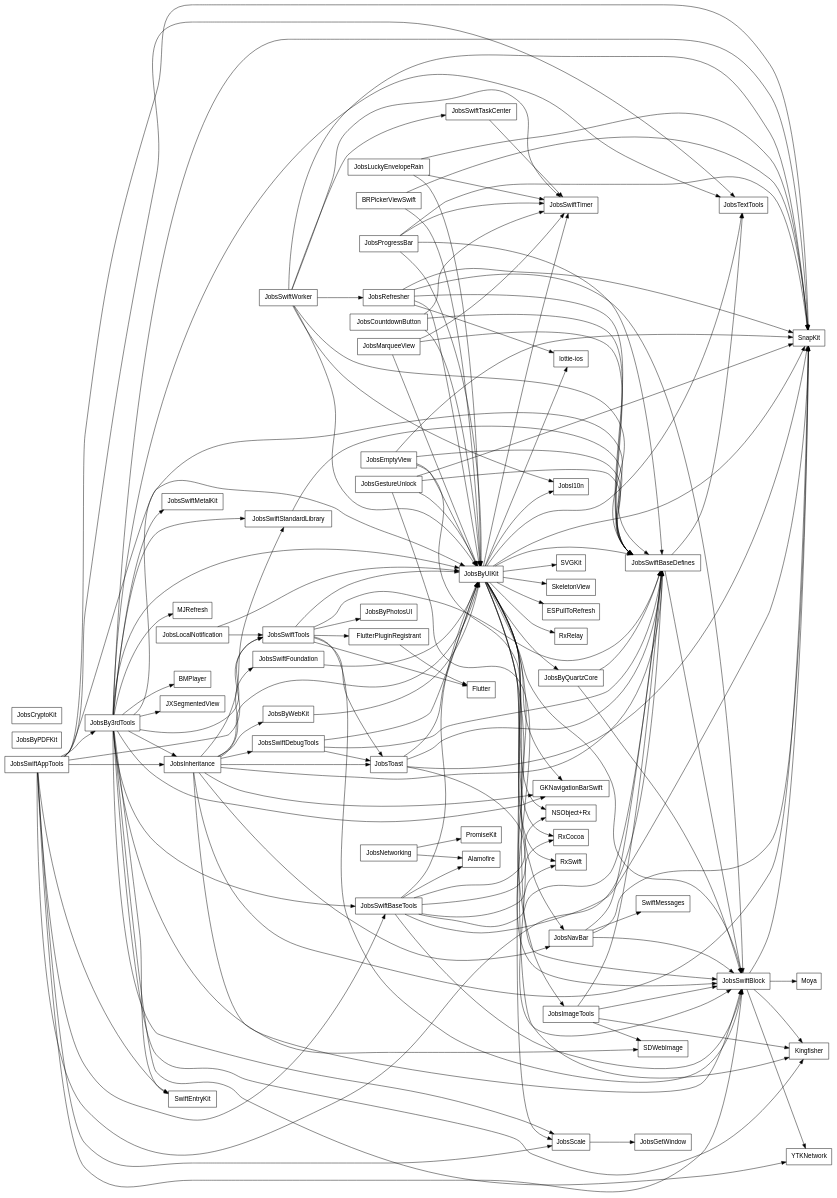
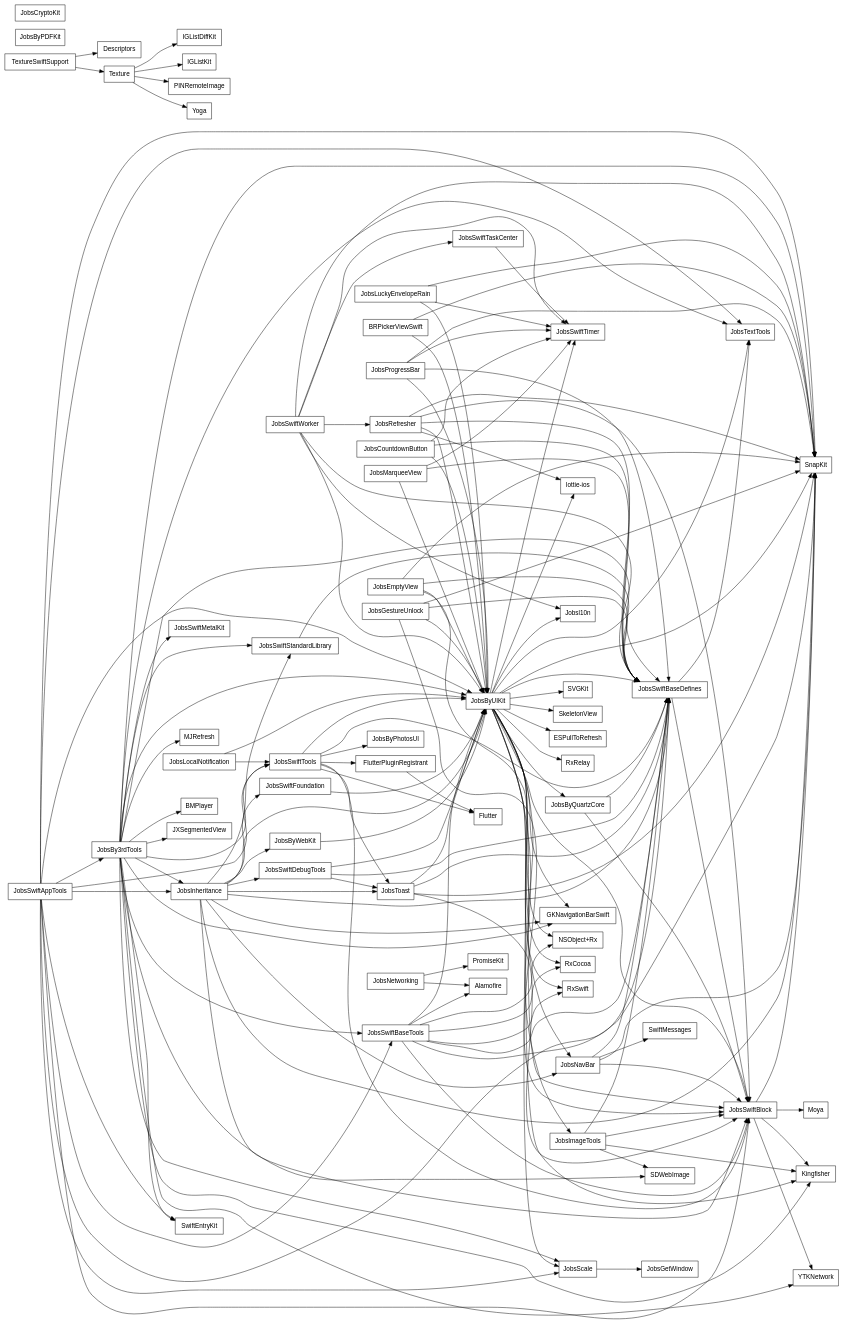
The diagram in PodspecDependencyReport/PodspecDependencies_all.dot (JobsKits/JobsSwiftBaseConfigDemo), drawn with Graphviz before and after one commit. The commit also changed 2312 other files, not shown here.

```diff
--- a/PodspecDependencyReport/PodspecDependencies_all.dot
+++ b/PodspecDependencyReport/PodspecDependencies_all.dot
@@ -4,10 +4,13 @@
   "Alamofire";
   "BMPlayer";
   "BRPickerViewSwift";
+  "Descriptors";
   "ESPullToRefresh";
   "Flutter";
   "FlutterPluginRegistrant";
   "GKNavigationBarSwift";
+  "IGListDiffKit";
+  "IGListKit";
   "JXSegmentedView";
   "JobsBy3rdTools";
   "JobsByPDFKit";
@@ -49,6 +52,7 @@
   "MJRefresh";
   "Moya";
   "NSObject+Rx";
+  "PINRemoteImage";
   "PromiseKit";
   "RxCocoa";
   "RxRelay";
@@ -59,7 +63,10 @@
   "SnapKit";
   "SwiftEntryKit";
   "SwiftMessages";
+  "Texture";
+  "TextureSwiftSupport";
   "YTKNetwork";
+  "Yoga";
   "lottie-ios";
   "BRPickerViewSwift" -> "JobsByUIKit";
   "BRPickerViewSwift" -> "SnapKit";
@@ -204,4 +211,10 @@
   "JobsToast" -> "JobsSwiftBaseDefines";
   "JobsToast" -> "JobsSwiftBlock";
   "JobsToast" -> "SnapKit";
+  "Texture" -> "IGListDiffKit";
+  "Texture" -> "IGListKit";
+  "Texture" -> "PINRemoteImage";
+  "Texture" -> "Yoga";
+  "TextureSwiftSupport" -> "Descriptors";
+  "TextureSwiftSupport" -> "Texture";
 }
```
